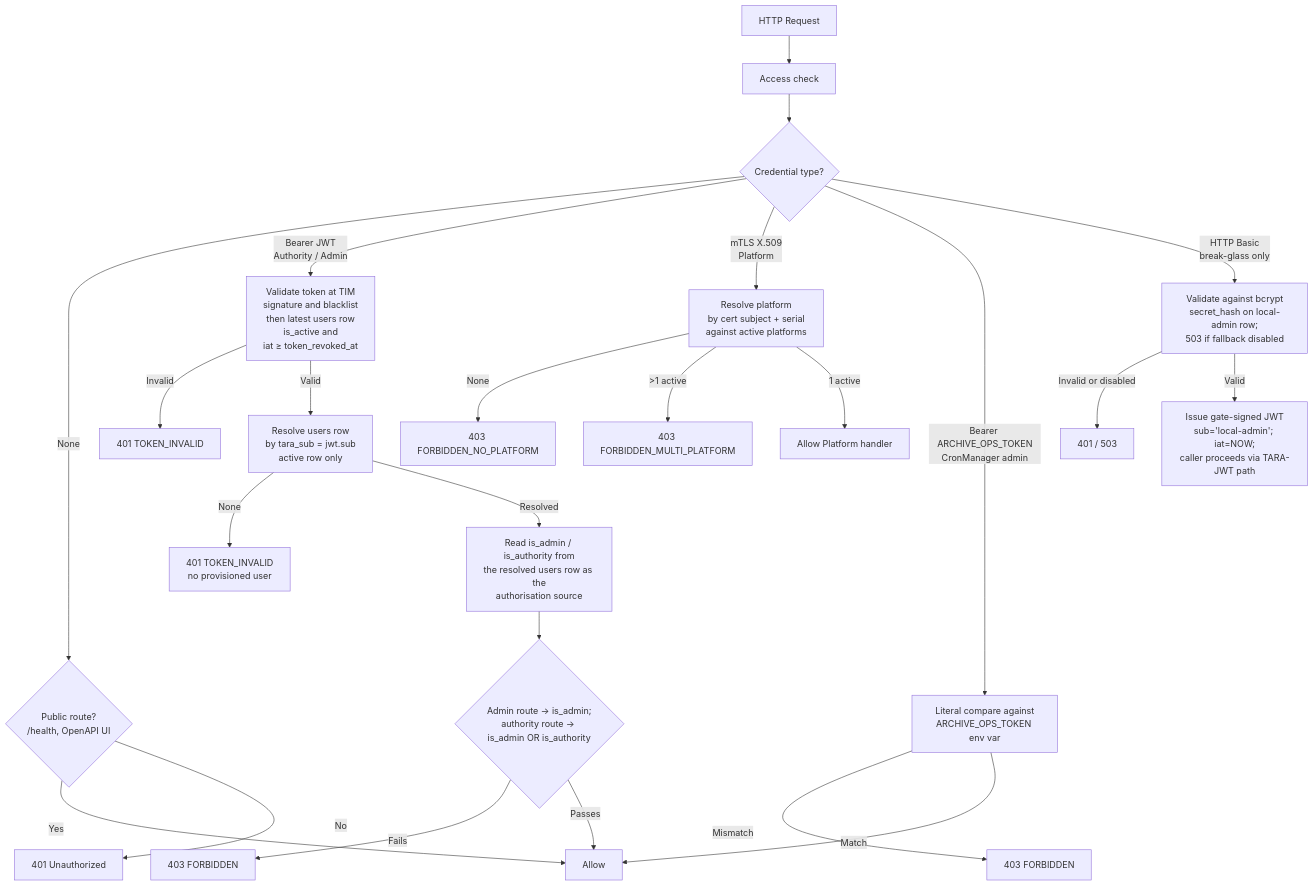
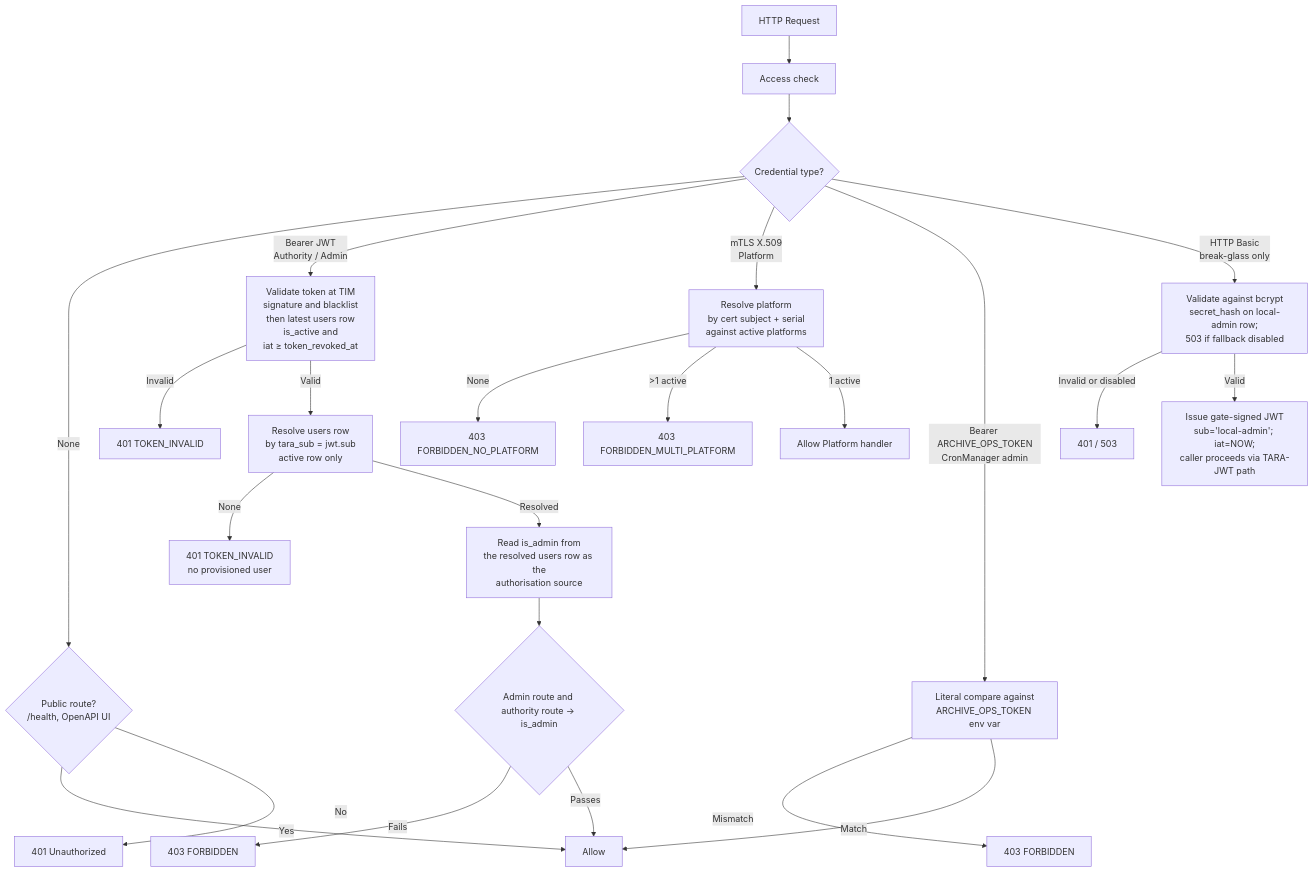
Before and after one commit to kemit-ee/efti-gate-ee: the first of 4 diagrams in docs/specs/permissions-matrix.md, drawn with Mermaid. The commit also changed other lines of this file and 43 other files, not shown here.

````diff
--- a/docs/specs/permissions-matrix.md
+++ b/docs/specs/permissions-matrix.md
@@ -37,26 +43,26 @@
 ```mermaid
 graph TD
     REQ[HTTP Request] --> AC[Access check]
     AC --> CRED{Credential type?}
     CRED -->|None| PUB{Public route?<br/>/health, OpenAPI UI}
     PUB -->|Yes| ALLOW[Allow]
     PUB -->|No| UNAUTH[401 Unauthorized]
     CRED -->|Bearer JWT<br/>Authority / Admin| TARA[Validate token at TIM<br/>signature and blacklist<br/>then latest users row<br/>is_active and<br/>iat ≥ token_revoked_at]
     CRED -->|mTLS X.509<br/>Platform| MTLS[Resolve platform<br/>by cert subject + serial<br/>against active platforms]
     CRED -->|Bearer ARCHIVE_OPS_TOKEN<br/>CronManager admin| OPS[Literal compare against<br/>ARCHIVE_OPS_TOKEN env var]
     CRED -->|HTTP Basic<br/>break-glass only| BG[Validate against bcrypt<br/>secret_hash on local-admin row;<br/>503 if fallback disabled]
     TARA -->|Invalid| ERR401[401 TOKEN_INVALID]
     TARA -->|Valid| TARASUB[Resolve users row<br/>by tara_sub = jwt.sub<br/>active row only]
     TARASUB -->|None| NOUSER[401 TOKEN_INVALID<br/>no provisioned user]
-    TARASUB -->|Resolved| AUTHZ[Read is_admin / is_authority from<br/>the resolved users row as the<br/>authorisation source]
+    TARASUB -->|Resolved| AUTHZ[Read is_admin from<br/>the resolved users row as the<br/>authorisation source]
     MTLS -->|None| NOPLAT[403 FORBIDDEN_NO_PLATFORM]
     MTLS -->|>1 active| MULTI[403 FORBIDDEN_MULTI_PLATFORM]
     MTLS -->|1 active| ALLOWPLAT[Allow Platform handler]
     OPS -->|Mismatch| OPSDENY[403 FORBIDDEN]
     OPS -->|Match| ALLOW
     BG -->|Invalid or disabled| BGFAIL[401 / 503]
     BG -->|Valid| BGTOKEN[Issue gate-signed JWT<br/>sub='local-admin'; iat=NOW;<br/>caller proceeds via TARA-JWT path]
-    AUTHZ --> ROLECHECK{"Admin route → is_admin;<br/>authority route → is_admin OR is_authority"}
+    AUTHZ --> ROLECHECK{"Admin route and authority route → is_admin"}
     ROLECHECK -->|Fails| ERR403[403 FORBIDDEN]
     ROLECHECK -->|Passes| ALLOW
 ```
````
